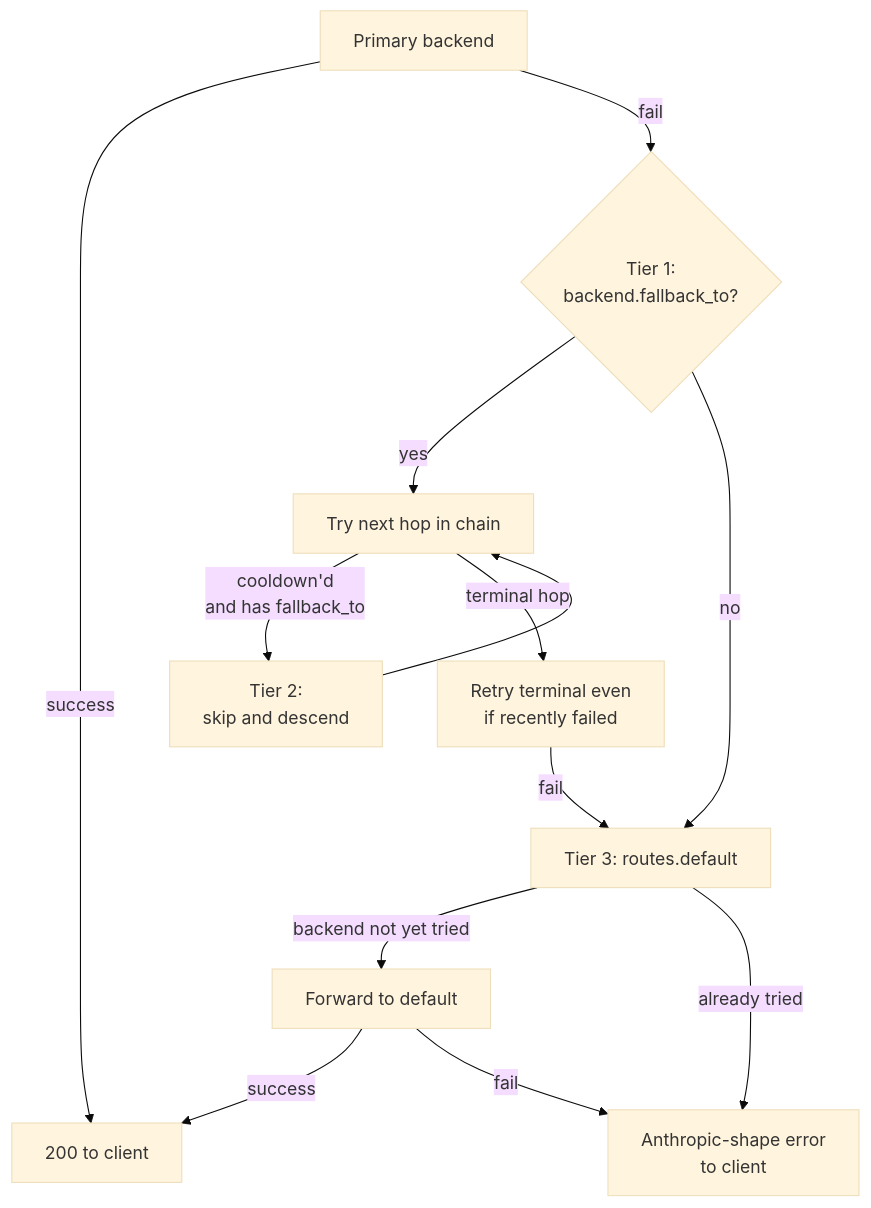
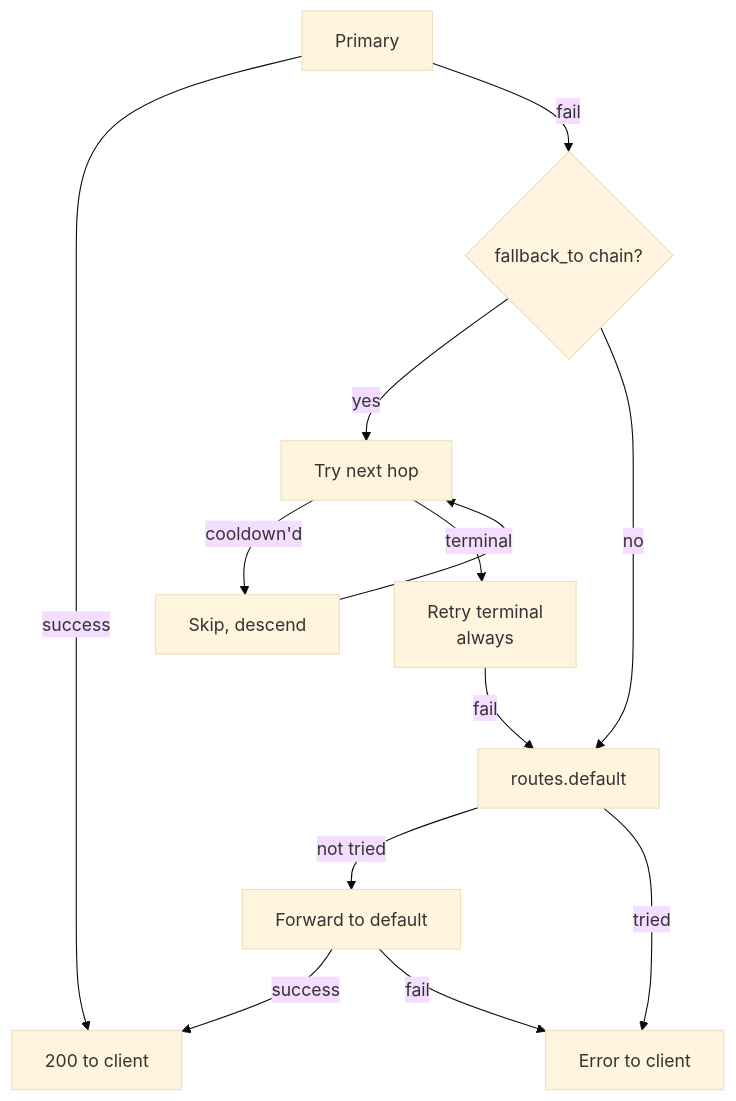
One commit to whichguy/c-thru changed the third of 4 diagrams in README.md. Above: the diagram before and after it, drawn with Mermaid (base theme). The commit also changed other lines of this file and 9 other files, not shown here.

````diff
--- a/README.md
+++ b/README.md
@@ -229,15 +219,15 @@
 ```mermaid
 flowchart TB
-  P[Primary backend] -->|success| OK[200 to client]
-  P -->|fail| T1{Tier 1:<br/>backend.fallback_to?}
-  T1 -->|yes| H1[Try next hop in chain]
-  T1 -->|no| T3[Tier 3: routes.default]
-  H1 -->|cooldown'd<br/>and has fallback_to| T2[Tier 2:<br/>skip and descend]
+  P[Primary] -->|success| OK[200 to client]
+  P -->|fail| T1{fallback_to chain?}
+  T1 -->|yes| H1[Try next hop]
+  H1 -->|cooldown'd| T2[Skip, descend]
   T2 --> H1
-  H1 -->|terminal hop| RT[Retry terminal even<br/>if recently failed]
-  RT -->|fail| T3
-  T3 -->|backend not yet tried| RD[Forward to default]
-  T3 -->|already tried| ERR[Anthropic-shape error<br/>to client]
+  H1 -->|terminal| RT[Retry terminal<br/>always]
+  RT -->|fail| T3[routes.default]
+  T1 -->|no| T3
+  T3 -->|not tried| RD[Forward to default]
+  T3 -->|tried| ERR[Error to client]
   RD -->|success| OK
   RD -->|fail| ERR
 ```
````
